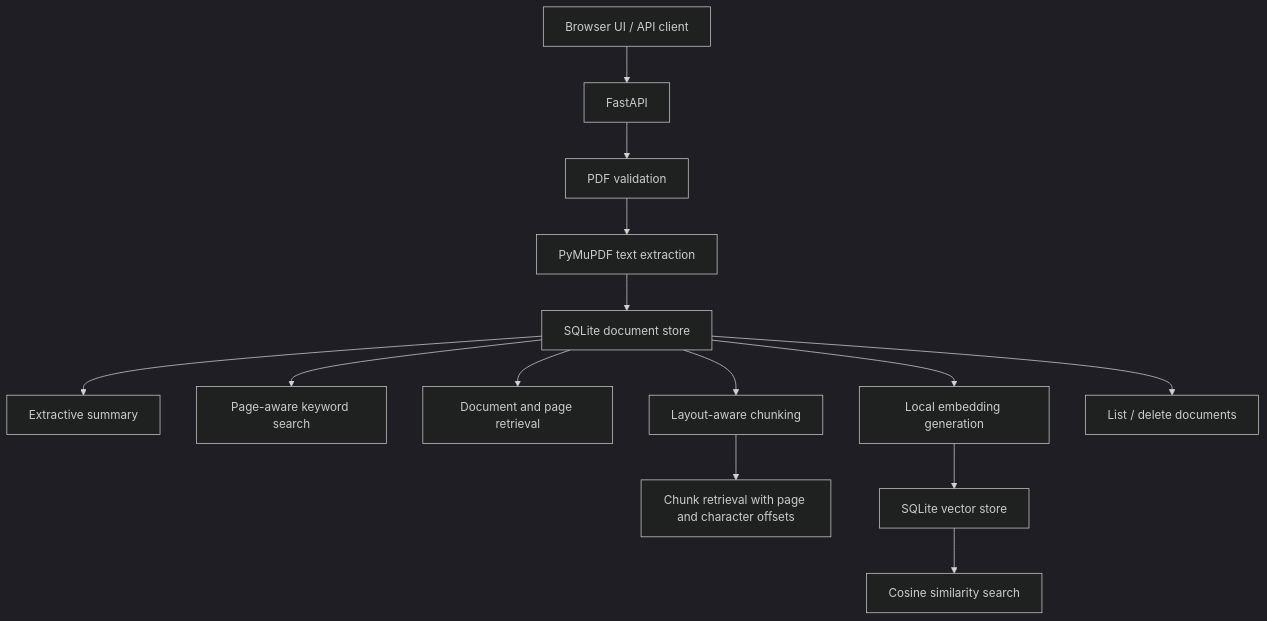
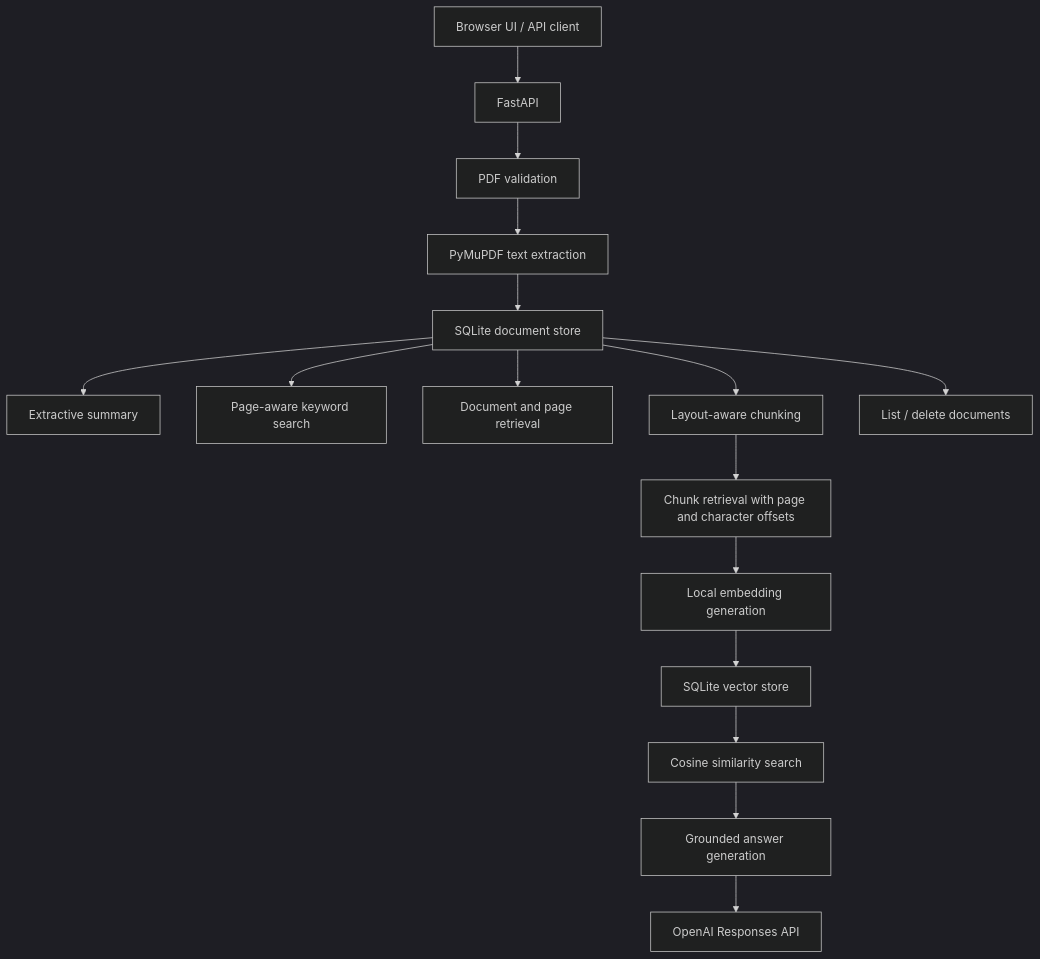
The diagram in README.md (poojapansare18/documind-ai), drawn with Mermaid (dark theme) before and after one commit. The commit also changed other lines of this file and 7 other files, not shown here.

````diff
--- a/README.md
+++ b/README.md
@@ -28,16 +29,18 @@
 ```mermaid
 flowchart TD
     A[Browser UI / API client] --> B[FastAPI]
     B --> C[PDF validation]
     C --> D[PyMuPDF text extraction]
     D --> E[SQLite document store]
     E --> F[Extractive summary]
     E --> G[Page-aware keyword search]
     E --> H[Document and page retrieval]
     E --> I[Layout-aware chunking]
     I --> J[Chunk retrieval with page and character offsets]
-    E --> K[Local embedding generation]
+    J --> K[Local embedding generation]
     K --> L[SQLite vector store]
     L --> M[Cosine similarity search]
+    M --> O[Grounded answer generation]
+    O --> P[OpenAI Responses API]
     E --> N[List / delete documents]
 ```
````
